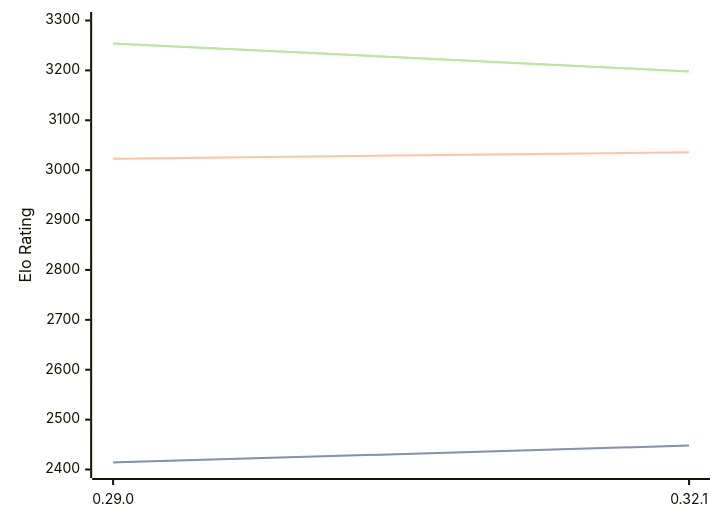
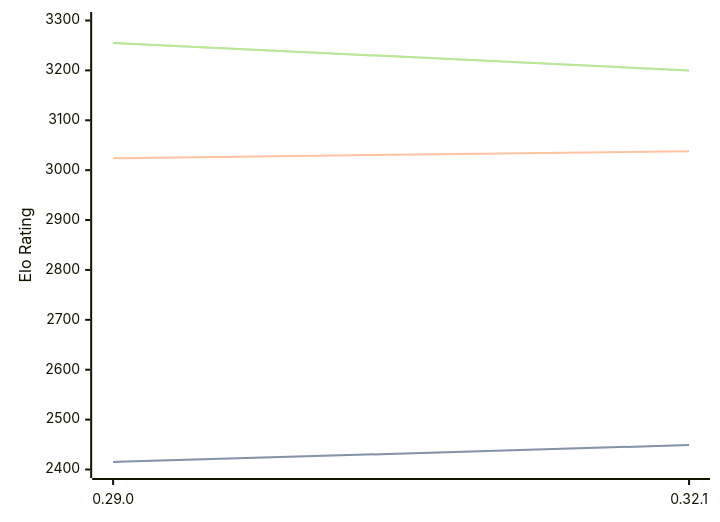
The diagram in engines/Lc0.md (computer-chess-index/cci), drawn with Mermaid before and after one commit. The commit also changed other lines of this file, not shown here.

Commit message:
Update CCI Ratings (ELO VLTC) - 2026-03-29

````diff
--- a/engines/Lc0.md
+++ b/engines/Lc0.md
@@ -68,11 +68,11 @@
 ```mermaid
 %%{init: {"theme":"base","themeVariables":{"seriesColors:['#a3a3a3','#222221','#faa371']}}}%%
 xychart-beta
   x-axis ["0.29.0", "0.32.1"]
   y-axis "Elo Rating" 2400 --> 3300
-  line "STC (8.0+0.08s)" [2414, 2448]
-  line "STC (8.0+0.08s)" [2414, 2448]
-  line "LTC (60.0+0.60s)" [3023, 3036]
-  line "VLTC (2m24s+1.12s)" [3254, 3198]
-  line "VLTC (2m24s+1.12s)" [3254, 3198]
+  line "STC (8.0+0.08s)" [2415, 2449]
+  line "STC (8.0+0.08s)" [2415, 2449]
+  line "LTC (60.0+0.60s)" [3024, 3038]
+  line "VLTC (2m24s+1.12s)" [3255, 3200]
+  line "VLTC (2m24s+1.12s)" [3255, 3200]
 ```
````
